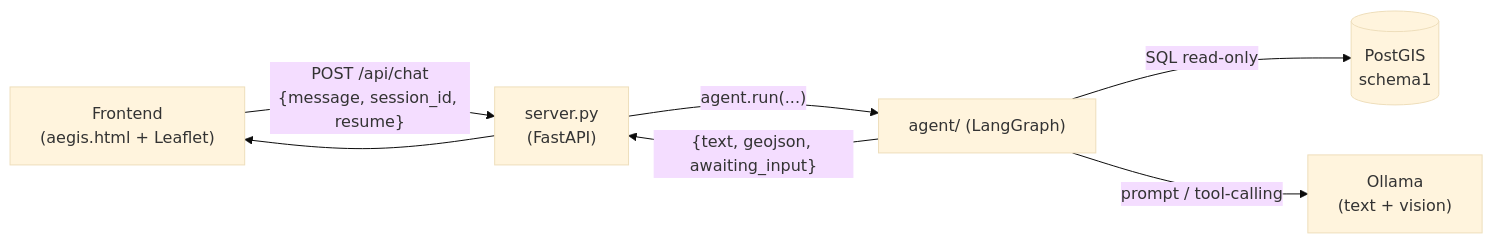
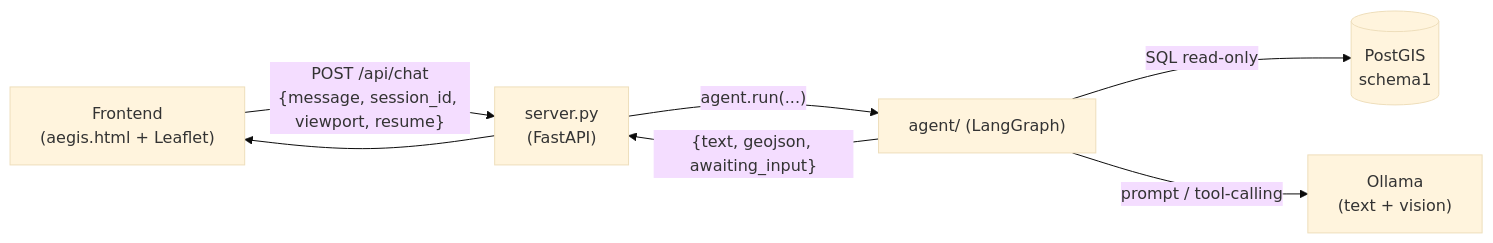
One commit to simorina/A.E.G.I.S. changed the first of 3 diagrams in arch.md. Above: the diagram before and after it, drawn with Mermaid (base theme). The commit also changed other lines of this file and 3 other files, not shown here.

````diff
--- a/arch.md
+++ b/arch.md
@@ -19,9 +19,9 @@
 ```mermaid
 flowchart LR
-    UI["Frontend<br/>(aegis.html + Leaflet)"] -->|"POST /api/chat<br/>{message, session_id, resume}"| API["server.py<br/>(FastAPI)"]
+    UI["Frontend<br/>(aegis.html + Leaflet)"] -->|"POST /api/chat<br/>{message, session_id, viewport, resume}"| API["server.py<br/>(FastAPI)"]
     API -->|"agent.run(...)"| AG["agent/ (LangGraph)"]
     AG -->|"SQL read-only"| DB[("PostGIS<br/>schema1")]
     AG -->|"prompt / tool-calling"| LLM["Ollama<br/>(text + vision)"]
     AG -->|"{text, geojson, awaiting_input}"| API
     API --> UI
 ```
````
